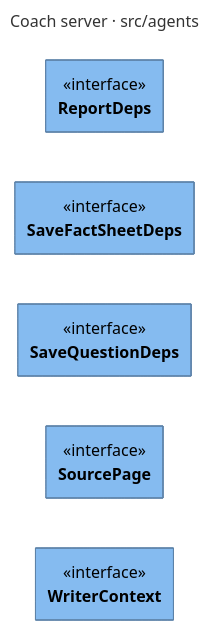
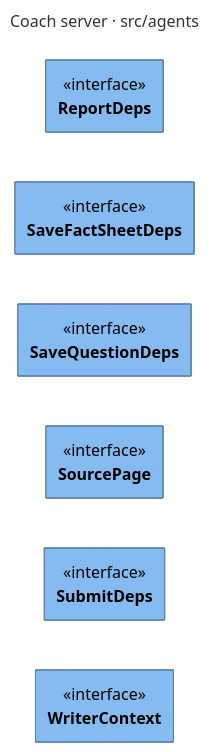
One commit to ythalorossy/study-coach changed the diagram in architecture-docs/study-coach/c4-code-study-coach-src-agents.mmd. Above: the diagram before and after it, drawn with Mermaid. The commit also changed 12 other files, not shown here.

Commit message:
docs: refresh the architecture report for the re-checker, the extra docs repos and the page-reading rules

```diff
--- a/architecture-docs/study-coach/c4-code-study-coach-src-agents.mmd
+++ b/architecture-docs/study-coach/c4-code-study-coach-src-agents.mmd
@@ -1,28 +1,32 @@
 ---
 title: "Coach server · src/agents"
 config:
   class:
     hideEmptyMembersBox: true
 ---
 classDiagram
     direction LR
     class ReportDeps {
         <<interface>>
     }
     class SaveFactSheetDeps {
         <<interface>>
     }
     class SaveQuestionDeps {
         <<interface>>
     }
     class SourcePage {
         <<interface>>
     }
+    class SubmitDeps {
+        <<interface>>
+    }
     class WriterContext {
         <<interface>>
     }
     style ReportDeps fill:#85bbf0,stroke:#5d82a8,color:#000000
     style SaveFactSheetDeps fill:#85bbf0,stroke:#5d82a8,color:#000000
     style SaveQuestionDeps fill:#85bbf0,stroke:#5d82a8,color:#000000
     style SourcePage fill:#85bbf0,stroke:#5d82a8,color:#000000
+    style SubmitDeps fill:#85bbf0,stroke:#5d82a8,color:#000000
     style WriterContext fill:#85bbf0,stroke:#5d82a8,color:#000000
```
